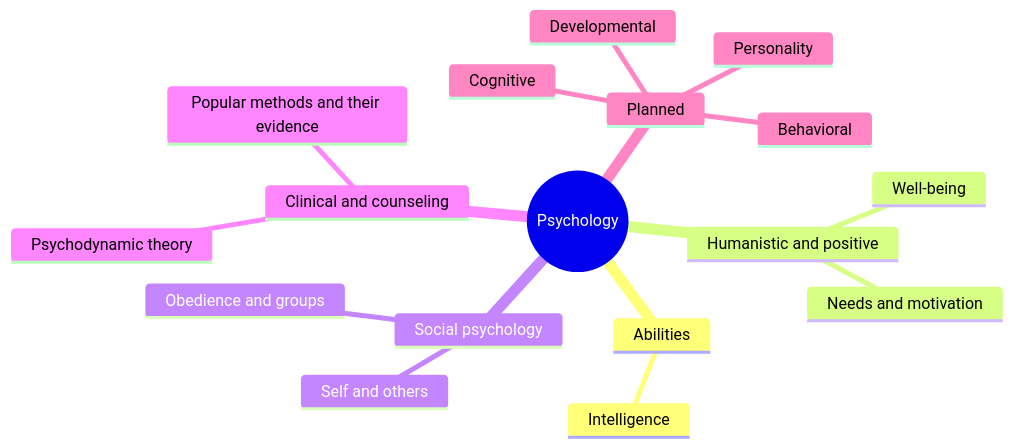
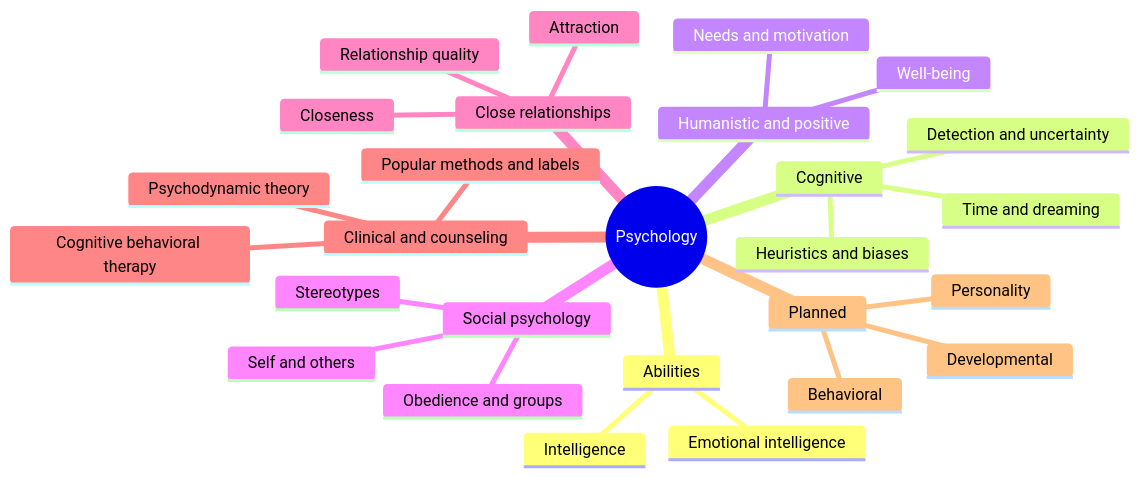
The diagram in social-sciences/psychology/README.md (rinkachi9/alexandrian-library), drawn with Mermaid before and after one commit. The commit also changed other lines of this file and 190 other files, not shown here.

````diff
--- a/social-sciences/psychology/README.md
+++ b/social-sciences/psychology/README.md
@@ -9,20 +9,30 @@
 ```mermaid
 mindmap
   root((Psychology))
     Abilities
       Intelligence
+      Emotional intelligence
+    Cognitive
+      Heuristics and biases
+      Detection and uncertainty
+      Time and dreaming
     Humanistic and positive
       Needs and motivation
       Well-being
     Social psychology
       Self and others
       Obedience and groups
+      Stereotypes
+    Close relationships
+      Attraction
+      Closeness
+      Relationship quality
     Clinical and counseling
       Psychodynamic theory
-      Popular methods and their evidence
+      Cognitive behavioral therapy
+      Popular methods and labels
     Planned
-      Cognitive
       Developmental
       Personality
       Behavioral
 ```
````
